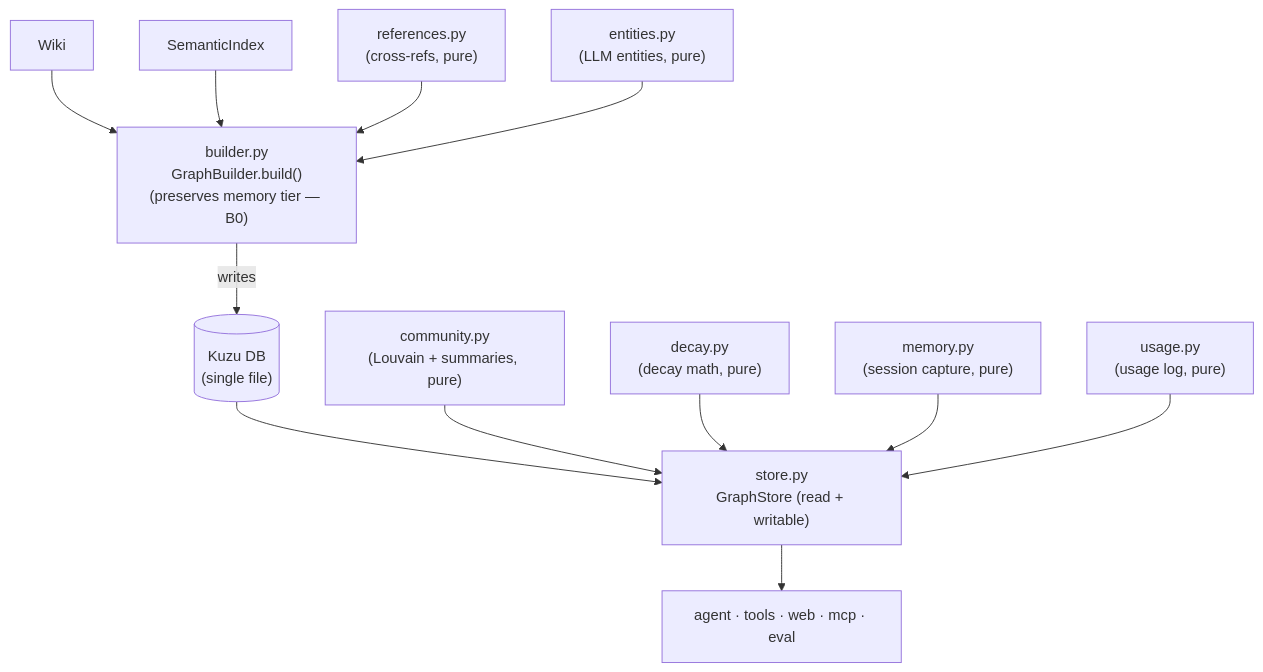
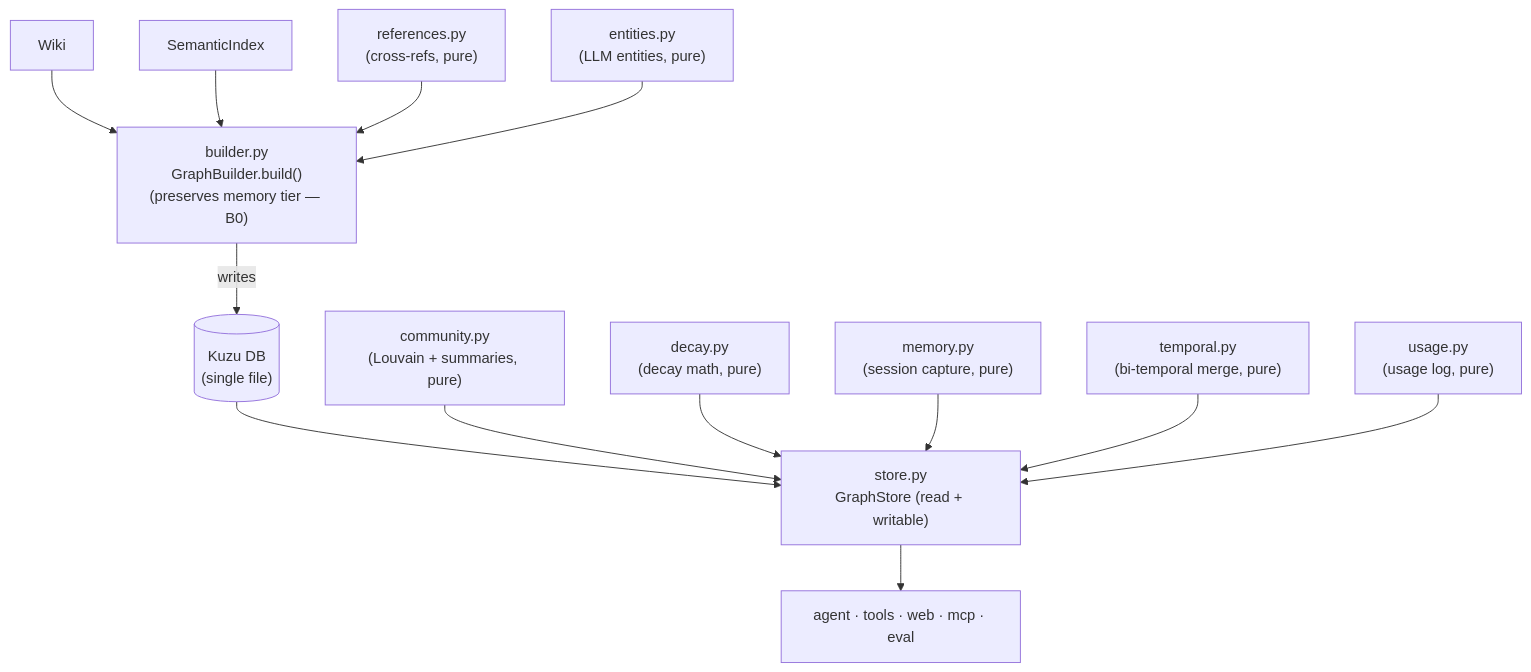
One commit to Neuroant/OpenWiki changed the second of 3 diagrams in docs/arc42/05-building-block-view.md. Above: the diagram before and after it, drawn with Mermaid. The commit also changed other lines of this file and 11 other files, not shown here.

````diff
--- a/docs/arc42/05-building-block-view.md
+++ b/docs/arc42/05-building-block-view.md
@@ -152,14 +152,15 @@
 ```mermaid
 flowchart TB
   wiki2["Wiki"] --> builder2
   index2["SemanticIndex"] --> builder2
   refs2["references.py\n(cross-refs, pure)"] --> builder2
   ents2["entities.py\n(LLM entities, pure)"] --> builder2
   builder2["builder.py\nGraphBuilder.build()\n(preserves memory tier — B0)"] -->|writes| kuzudb[("Kuzu DB\n(single file)")]
   kuzudb --> store2["store.py\nGraphStore (read + writable)"]
   comm2["community.py\n(Louvain + summaries, pure)"] --> store2
   decay2["decay.py\n(decay math, pure)"] --> store2
   mem2["memory.py\n(session capture, pure)"] --> store2
+  temp2["temporal.py\n(bi-temporal merge, pure)"] --> store2
   use2["usage.py\n(usage log, pure)"] --> store2
   store2 --> consumers["agent · tools · web · mcp · eval"]
 ```
````
